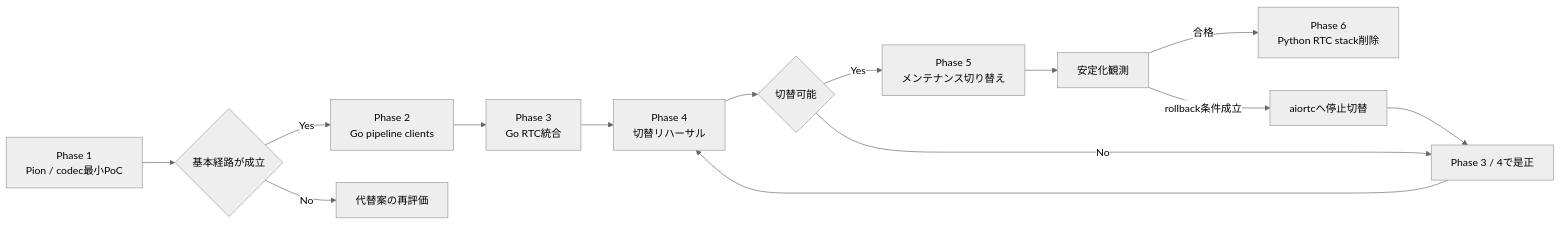
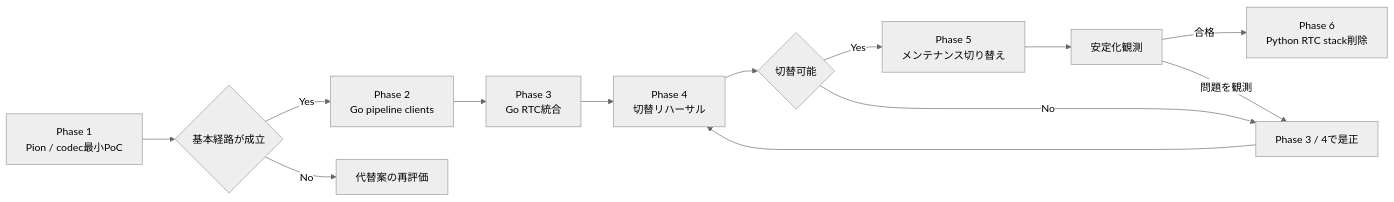
The diagram in documents/migration/pion/roadmap.md (Sincromisor/Sincromisor), drawn with Mermaid (neutral theme) before and after one commit. The commit also changed other lines of this file and 7 other files, not shown here.

````diff
--- a/documents/migration/pion/roadmap.md
+++ b/documents/migration/pion/roadmap.md
@@ -20,16 +20,15 @@
 ```mermaid
 flowchart LR
     P1["Phase 1<br/>Pion / codec最小PoC"] --> D1{"基本経路が成立"}
     D1 -->|"Yes"| P2["Phase 2<br/>Go pipeline clients"]
     D1 -->|"No"| ALT["代替案の再評価"]
     P2 --> P3["Phase 3<br/>Go RTC統合"]
     P3 --> P4["Phase 4<br/>切替リハーサル"]
     P4 --> D4{"切替可能"}
     D4 -->|"Yes"| P5["Phase 5<br/>メンテナンス切り替え"]
     D4 -->|"No"| FIX["Phase 3 / 4で是正"]
     FIX --> P4
     P5 --> OBS["安定化観測"]
     OBS -->|"合格"| P6["Phase 6<br/>Python RTC stack削除"]
-    OBS -->|"rollback条件成立"| RB["aiortcへ停止切替"]
-    RB --> FIX
+    OBS -->|"問題を観測"| FIX
 ```
````
